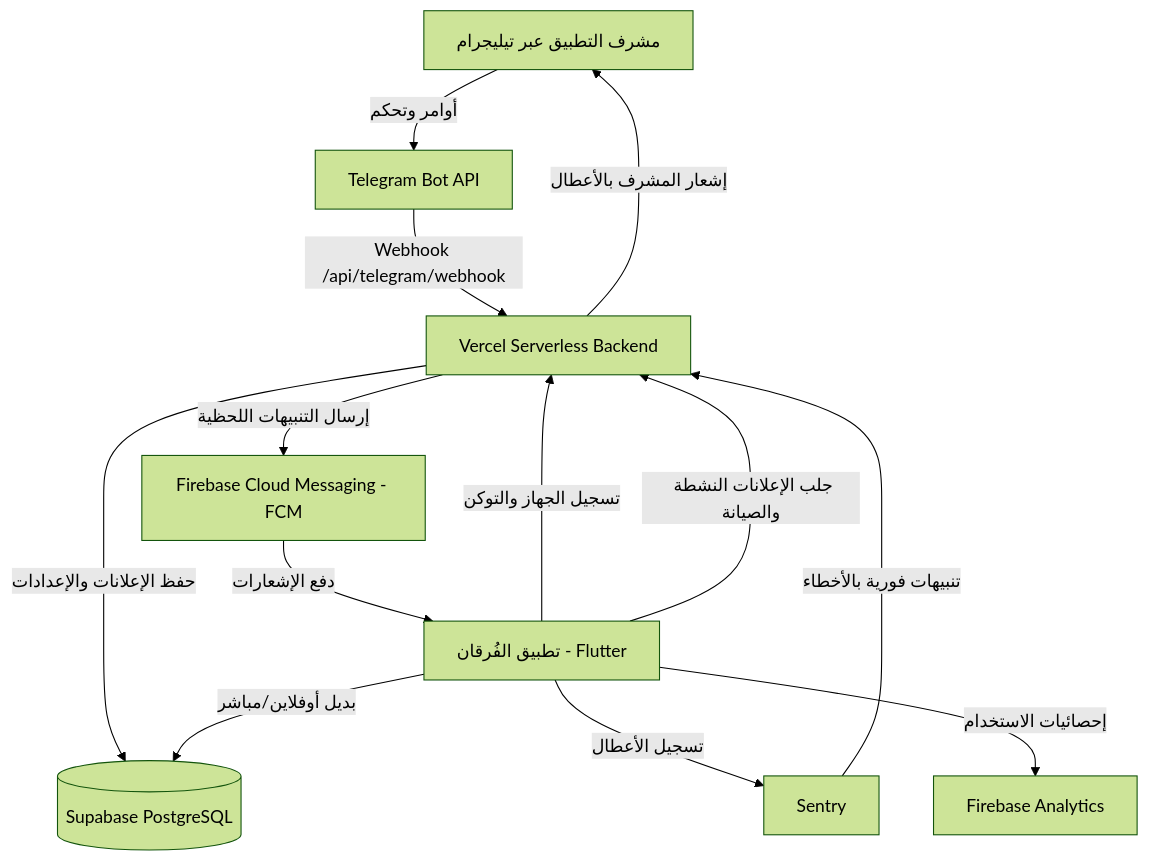
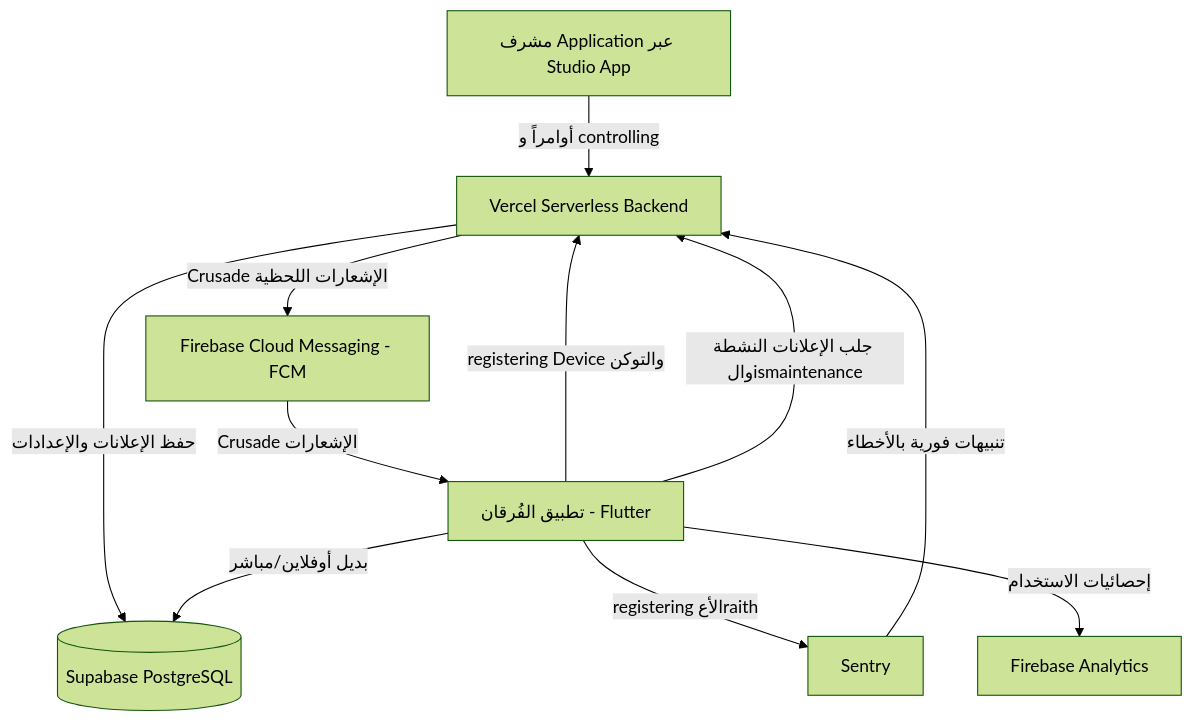
One commit to yusifvugh/alfurkan-backend changed the diagram in docs/SYSTEM_OVERVIEW.md. Above: the diagram before and after it, drawn with Mermaid (forest theme). The commit also changed other lines of this file, not shown here.

````diff
--- a/docs/SYSTEM_OVERVIEW.md
+++ b/docs/SYSTEM_OVERVIEW.md
@@ -9,18 +9,16 @@
 ```mermaid
 graph TD
-    A[مشرف التطبيق عبر تيليجرام] -->|أوامر وتحكم| B[Telegram Bot API]
-    B -->|Webhook /api/telegram/webhook| C[Vercel Serverless Backend]
-    
-    C -->|حفظ الإعلانات والإعدادات| D[(Supabase PostgreSQL)]
-    C -->|إرسال التنبيهات اللحظية| E[Firebase Cloud Messaging - FCM]
-    
-    F[تطبيق الفُرقان - Flutter] -->|تسجيل الجهاز والتوكن| C
-    F -->|جلب الإعلانات النشطة والصيانة| C
-    F -->|بديل أوفلاين/مباشر| D
-    E -->|دفع الإشعارات| F
-    
-    F -->|تسجيل الأعطال| G[Sentry]
-    F -->|إحصائيات الاستخدام| H[Firebase Analytics]
-    G -->|تنبيهات فورية بالأخطاء| C
-    C -->|إشعار المشرف بالأعطال| A
+    A[مشرف Application عبر Studio App] -->|أوامراً و controlling| B[Vercel Serverless Backend]
+
+    B -->|حفظ الإعلانات والإعدادات| C[(Supabase PostgreSQL)]
+    B -->| Crusade الإشعارات اللحظية| D[Firebase Cloud Messaging - FCM]
+
+    E[تطبيق الفُرقان - Flutter] -->| registering Device والتوكن| B
+    E -->|جلب الإعلانات النشطة والismaintenance| B
+    E -->|بديل أوفلاين/مباشر| C
+    D -->| Crusade الإشعارات| E
+
+    E -->| registering الأعraith| F[Sentry]
+    E -->|إحصائيات الاستخدام| G[Firebase Analytics]
+    F -->|تنبيهات فورية بالأخطاء| B
 ```
````
